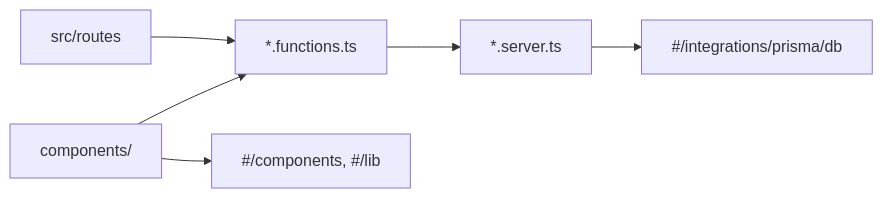
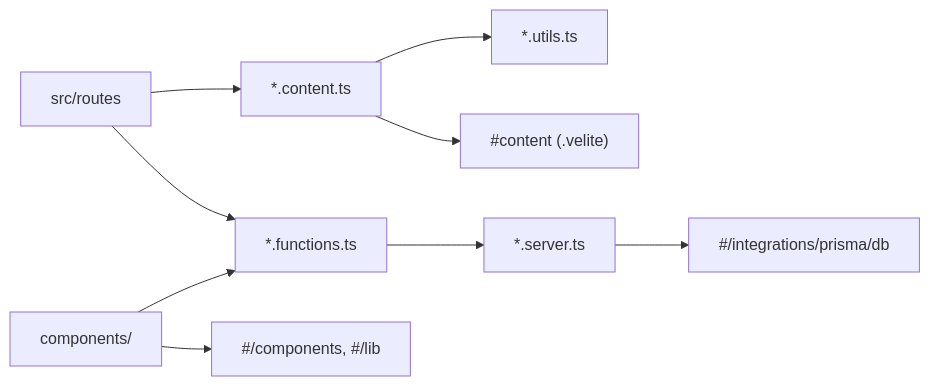
Before and after one commit to wends05/final-portfolio: the diagram in docs/decisions/0009-feature-folder-structure.md, drawn with Mermaid. The commit also changed other lines of this file and 87 other files, not shown here.

First line of the commit message:
feat: read site content from Velite instead of the database

````diff
--- a/docs/decisions/0009-feature-folder-structure.md
+++ b/docs/decisions/0009-feature-folder-structure.md
@@ -44,8 +45,11 @@
 ```mermaid
 flowchart LR
+    Route["src/routes"] --> Content["*.content.ts"]
+    Content --> Utils["*.utils.ts"]
+    Content --> Gen["#content (.velite)"]
     Route["src/routes"] --> Fns["*.functions.ts"]
     Comp["components/"] --> Fns
     Fns --> Server["*.server.ts"]
     Server --> DB["#/integrations/prisma/db"]
     Comp --> Global["#/components, #/lib"]
 ```
````
